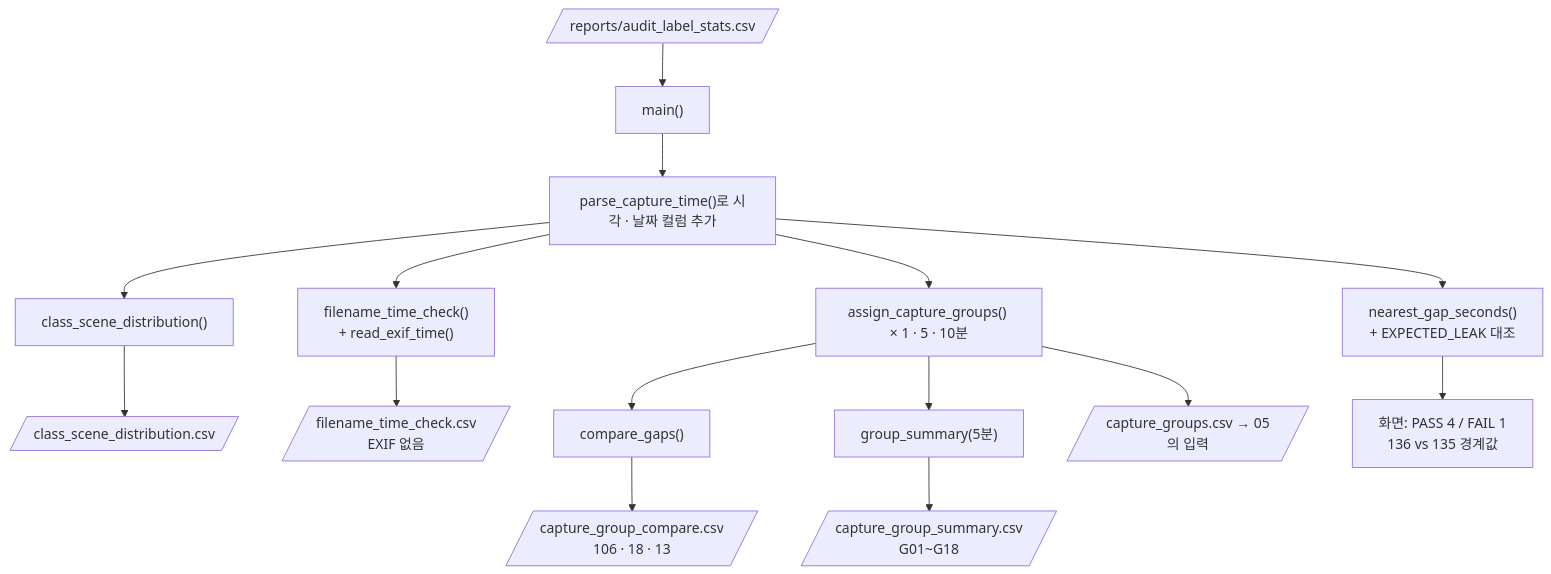
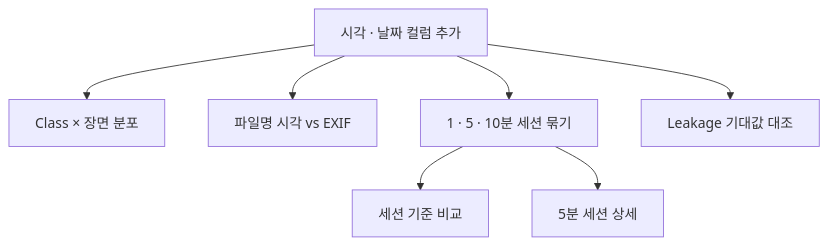
The diagram in prj08/docs/code_review/scripts/04_split_analysis.md (howolcat/prj2026.10), drawn with Mermaid before and after one commit. The commit also changed other lines of this file and 25 other files, not shown here.

````diff
--- a/prj08/docs/code_review/scripts/04_split_analysis.md
+++ b/prj08/docs/code_review/scripts/04_split_analysis.md
@@ -33,18 +34,9 @@
 ```mermaid
 flowchart TD
-    A[/"reports/audit_label_stats.csv"/] --> B["main()"]
-    B --> C["parse_capture_time()로 시각 · 날짜 컬럼 추가"]
-    C --> D["class_scene_distribution()"]
-    C --> E["filename_time_check()<br/>+ read_exif_time()"]
-    C --> F["assign_capture_groups() × 1 · 5 · 10분"]
-    F --> G["compare_gaps()"]
-    F --> H["group_summary(5분)"]
-    C --> I["nearest_gap_seconds()<br/>+ EXPECTED_LEAK 대조"]
-
-    D --> D1[/"class_scene_distribution.csv"/]
-    E --> E1[/"filename_time_check.csv<br/>EXIF 없음"/]
-    G --> G1[/"capture_group_compare.csv<br/>106 · 18 · 13"/]
-    F --> F1[/"capture_groups.csv → 05의 입력"/]
-    H --> H1[/"capture_group_summary.csv<br/>G01~G18"/]
-    I --> I1["화면: PASS 4 / FAIL 1<br/>136 vs 135 경계값"]
+    A["시각 · 날짜 컬럼 추가"] --> B["Class × 장면 분포"]
+    A --> C["파일명 시각 vs EXIF"]
+    A --> D["1 · 5 · 10분 세션 묶기"]
+    D --> E["세션 기준 비교"]
+    D --> F["5분 세션 상세"]
+    A --> G["Leakage 기대값 대조"]
 ```
````
